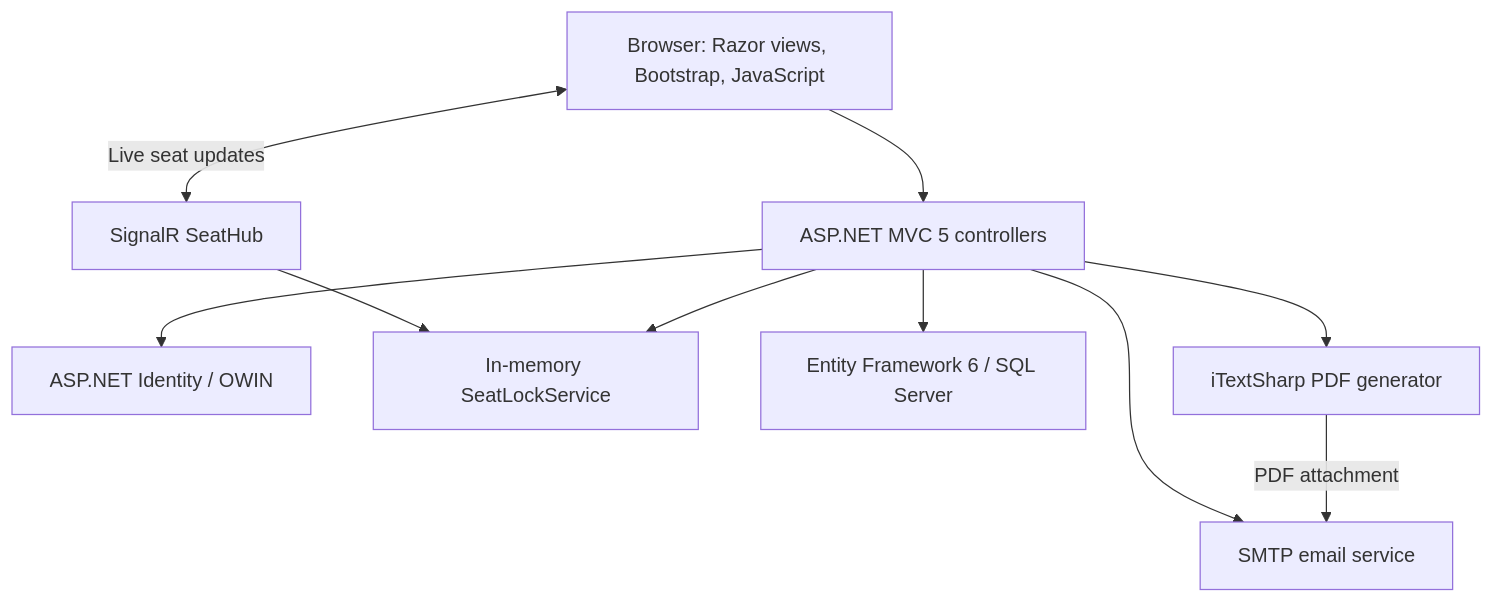
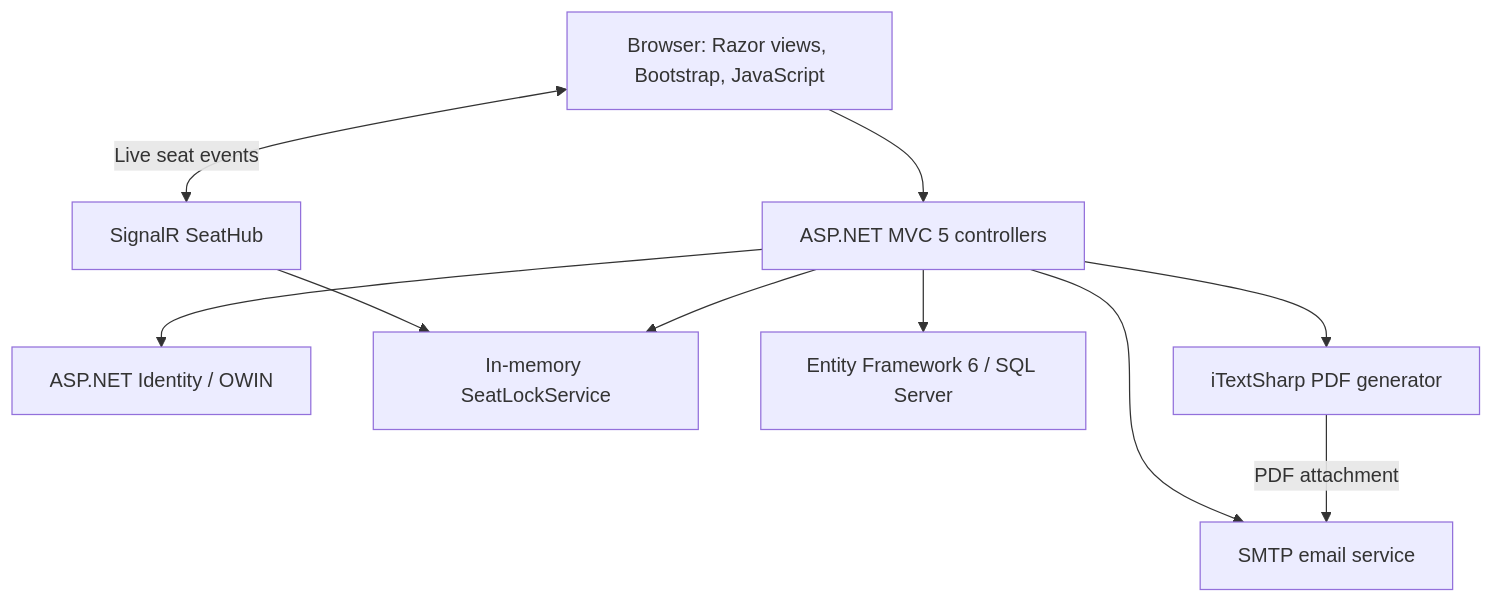
The diagram in README.md (nikolasarafimov/movie-ticket-mvc-app), drawn with Mermaid before and after one commit. The commit also changed other lines of this file and 5 other files, not shown here.

````diff
--- a/README.md
+++ b/README.md
@@ -84,21 +127,21 @@
 ```mermaid
 flowchart TD
-    UI["Browser: Razor views, Bootstrap, JavaScript"]
+    Browser["Browser: Razor views, Bootstrap, JavaScript"]
     MVC["ASP.NET MVC 5 controllers"]
-    Identity["ASP.NET Identity / OWIN"]
-    SignalR["SignalR SeatHub"]
-    Holds["In-memory SeatLockService"]
-    SQL["Entity Framework 6 / SQL Server"]
+    Auth["ASP.NET Identity / OWIN"]
+    Hub["SignalR SeatHub"]
+    Locks["In-memory SeatLockService"]
+    Database["Entity Framework 6 / SQL Server"]
     PDF["iTextSharp PDF generator"]
-    SMTP["SMTP email service"]
+    Email["SMTP email service"]
 
-    UI --> MVC
-    UI <-->|Live seat updates| SignalR
-    MVC --> Identity
-    SignalR --> Holds
-    MVC --> Holds
-    MVC --> SQL
+    Browser --> MVC
+    Browser <-->|Live seat events| Hub
+    MVC --> Auth
+    Hub --> Locks
+    MVC --> Locks
+    MVC --> Database
     MVC --> PDF
-    MVC --> SMTP
-    PDF -->|PDF attachment| SMTP
+    MVC --> Email
+    PDF -->|PDF attachment| Email
 ```
````
